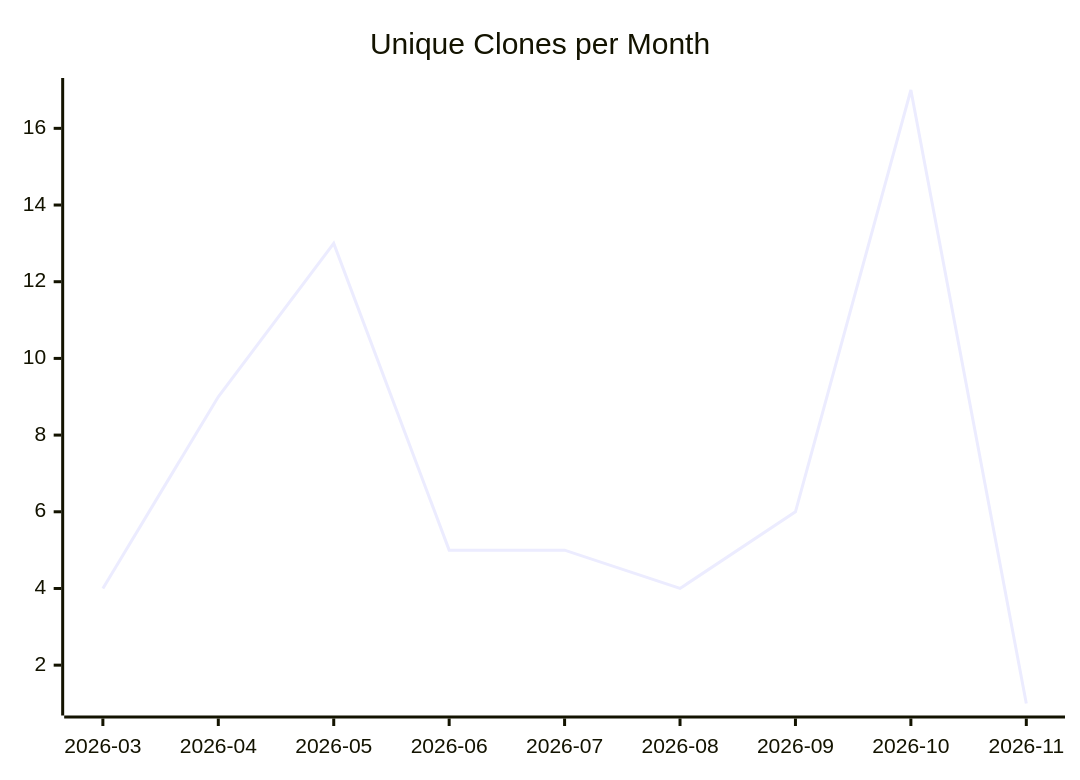
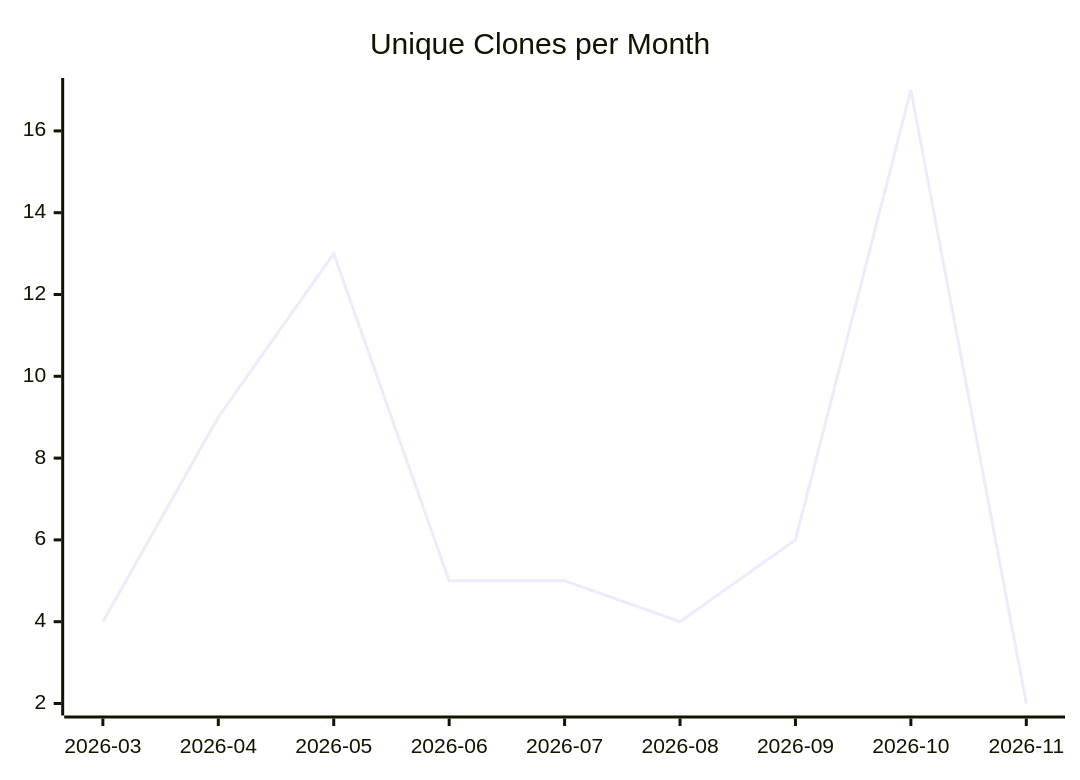
Before and after one commit to justdavis-family/github-analytics-data: the third of 3 diagrams in karlmdavis/justdavis-puppet/README.md, drawn with Mermaid. The commit also changed other lines of this file and 188 other files, not shown here.

````diff
--- a/karlmdavis/justdavis-puppet/README.md
+++ b/karlmdavis/justdavis-puppet/README.md
@@ -19,6 +19,6 @@
 ```mermaid
 xychart-beta
   title "Unique Clones per Month"
   x-axis ["2026-03", "2026-04", "2026-05", "2026-06", "2026-07", "2026-08", "2026-09", "2026-10", "2026-11"]
-  line [4, 9, 13, 5, 5, 4, 6, 17, 1]
+  line [4, 9, 13, 5, 5, 4, 6, 17, 2]
 ```
````
